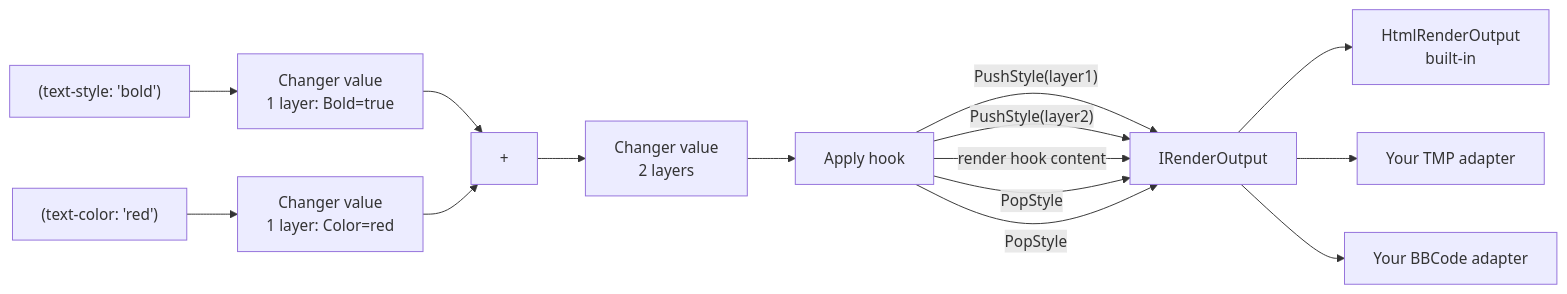
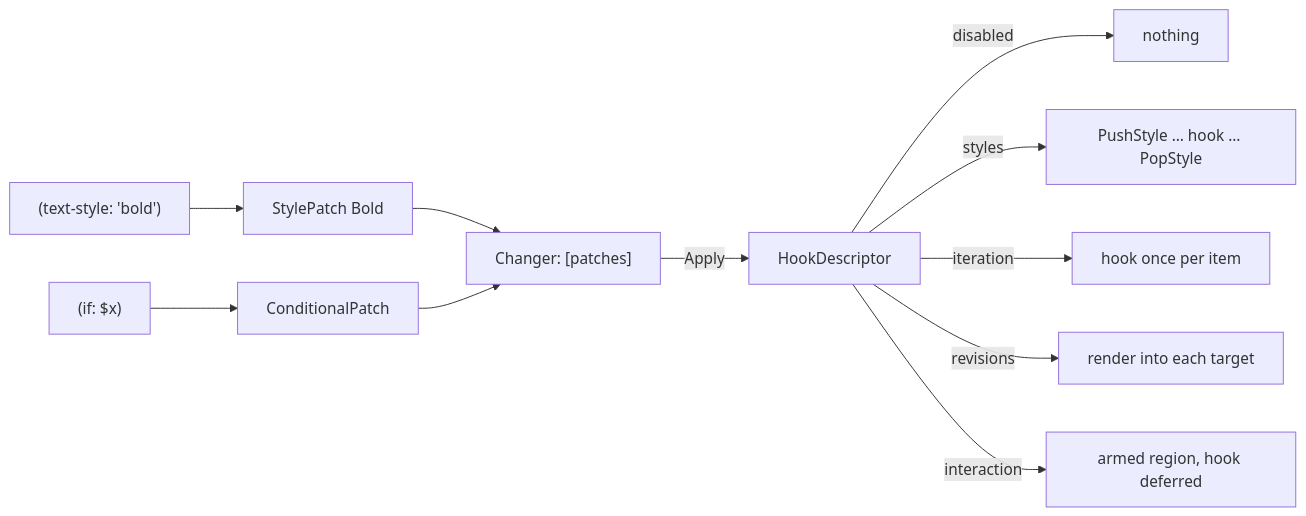
Before and after one commit to RaheelYawar/twinelike: the sixth of 6 diagrams in ARCHITECTURE.md, drawn with Mermaid. The commit also changed other lines of this file and 222 other files, not shown here.

````diff
--- a/ARCHITECTURE.md
+++ b/ARCHITECTURE.md
@@ -368,18 +398,13 @@
 ```mermaid
 flowchart LR
-  M["(text-style: 'bold')"] --> CV[Changer value<br/>1 layer: Bold=true]
-  M2["(text-color: 'red')"] --> CV2[Changer value<br/>1 layer: Color=red]
-  CV --> ADD["+"]
-  CV2 --> ADD
-  ADD --> CV3[Changer value<br/>2 layers]
-  CV3 --> APPLY[Apply hook]
-  APPLY -->|"PushStyle(layer1)"| OUT[IRenderOutput]
-  APPLY -->|"PushStyle(layer2)"| OUT
-  APPLY -->|render hook content| OUT
-  APPLY -->|PopStyle| OUT
-  APPLY -->|PopStyle| OUT
-
-  OUT --> A1[HtmlRenderOutput<br/>built-in]
-  OUT --> A2[Your TMP adapter]
-  OUT --> A3[Your BBCode adapter]
+  A["(text-style: 'bold')"] --> P1[StylePatch Bold]
+  B["(if: $x)"] --> P2[ConditionalPatch]
+  P1 --> C["Changer: [patches]"]
+  P2 --> C
+  C -->|Apply| D[HookDescriptor]
+  D -->|disabled| N[nothing]
+  D -->|styles| S["PushStyle … hook … PopStyle"]
+  D -->|iteration| L["hook once per item"]
+  D -->|revisions| R["render into each target"]
+  D -->|interaction| I["armed region, hook deferred"]
 ```
````
